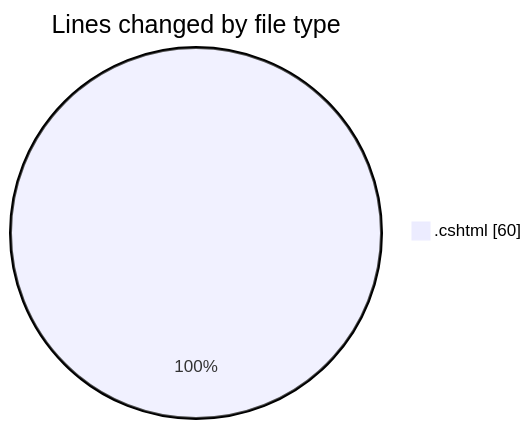
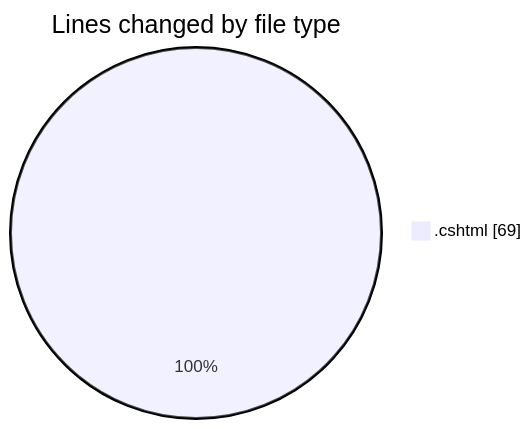
The first of 2 diagrams in 2025-07-18/nhahang/README.md (lephambinh05/code-tracking), drawn with Mermaid before and after one commit. The commit also changed other lines of this file and 1 other file, not shown here.

````diff
--- a/2025-07-18/nhahang/README.md
+++ b/2025-07-18/nhahang/README.md
@@ -21,5 +22,5 @@
 ```mermaid
 pie showData
 title Lines changed by file type
-".cshtml" : 60
+".cshtml" : 69
 ```
````
